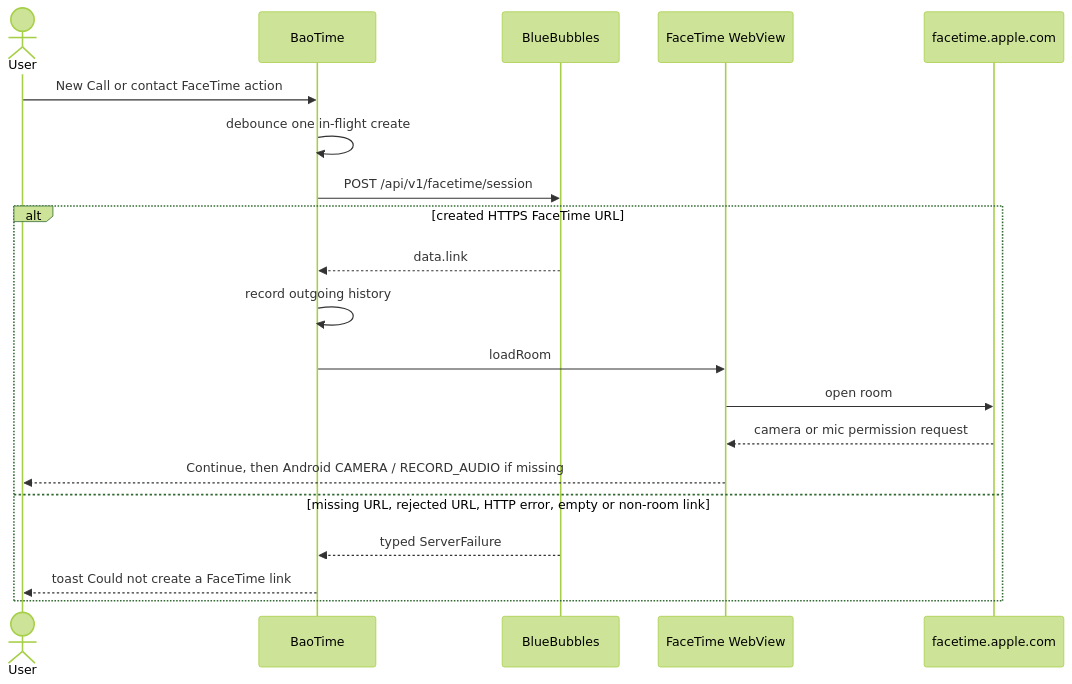
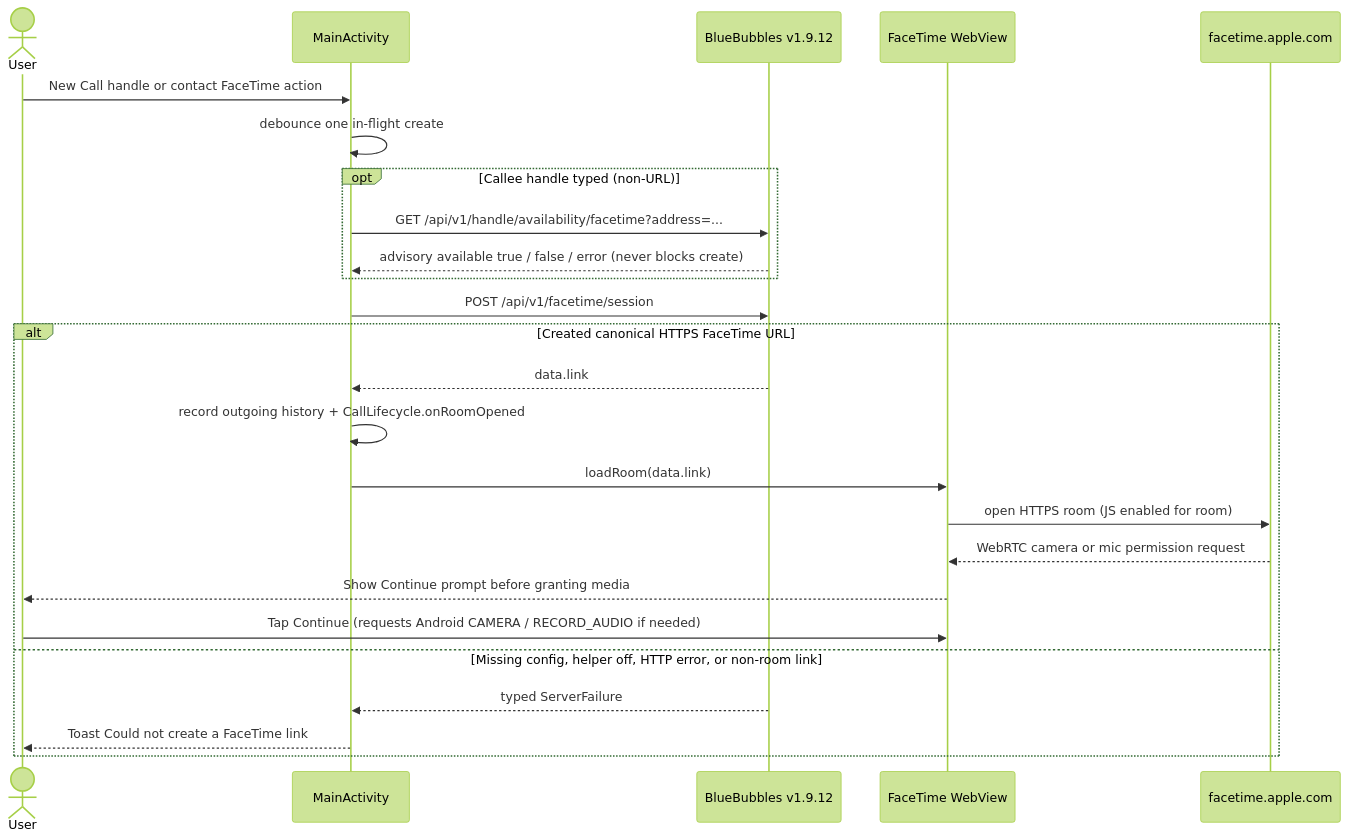
Before and after one commit to d4551/BaoTime: the third of 7 diagrams in README.md, drawn with Mermaid (forest theme). The commit also changed other lines of this file and 20 other files, not shown here.

````diff
--- a/README.md
+++ b/README.md
@@ -193,23 +257,28 @@
 ```mermaid
 sequenceDiagram
   actor User
-  participant App as BaoTime
-  participant BB as BlueBubbles
+  participant App as MainActivity
+  participant BB as BlueBubbles v1.9.12
   participant Web as FaceTime WebView
   participant Apple as facetime.apple.com
 
-  User->>App: New Call or contact FaceTime action
+  User->>App: New Call handle or contact FaceTime action
   App->>App: debounce one in-flight create
+  opt Callee handle typed (non-URL)
+    App->>BB: GET /api/v1/handle/availability/facetime?address=...
+    BB-->>App: advisory available true / false / error (never blocks create)
+  end
   App->>BB: POST /api/v1/facetime/session
-  alt created HTTPS FaceTime URL
+  alt Created canonical HTTPS FaceTime URL
     BB-->>App: data.link
-    App->>App: record outgoing history
-    App->>Web: loadRoom
-    Web->>Apple: open room
-    Apple-->>Web: camera or mic permission request
-    Web-->>User: Continue, then Android CAMERA / RECORD_AUDIO if missing
-  else missing URL, rejected URL, HTTP error, empty or non-room link
+    App->>App: record outgoing history + CallLifecycle.onRoomOpened
+    App->>Web: loadRoom(data.link)
+    Web->>Apple: open HTTPS room (JS enabled for room)
+    Apple-->>Web: WebRTC camera or mic permission request
+    Web-->>User: Show Continue prompt before granting media
+    User->>Web: Tap Continue (requests Android CAMERA / RECORD_AUDIO if needed)
+  else Missing config, helper off, HTTP error, or non-room link
     BB-->>App: typed ServerFailure
-    App-->>User: toast Could not create a FaceTime link
+    App-->>User: Toast Could not create a FaceTime link
   end
 ```
````
